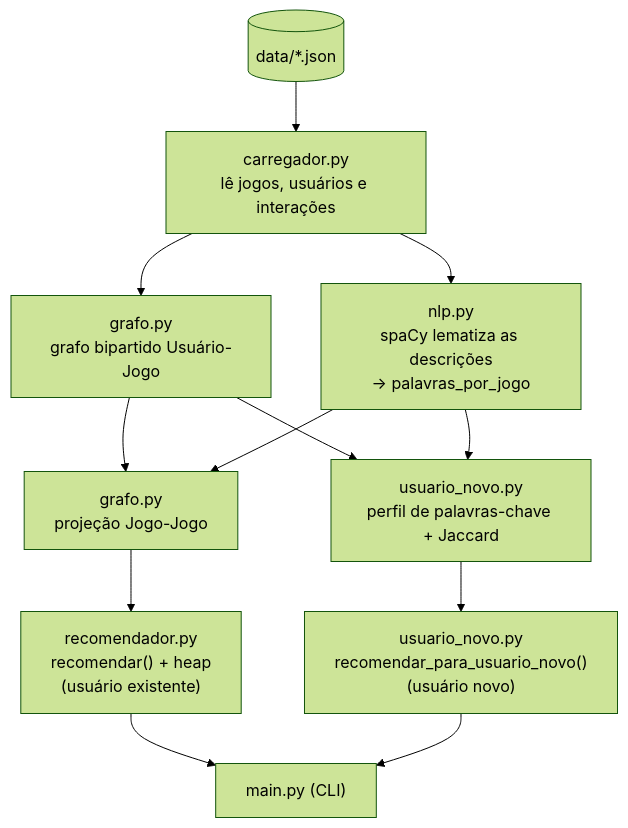
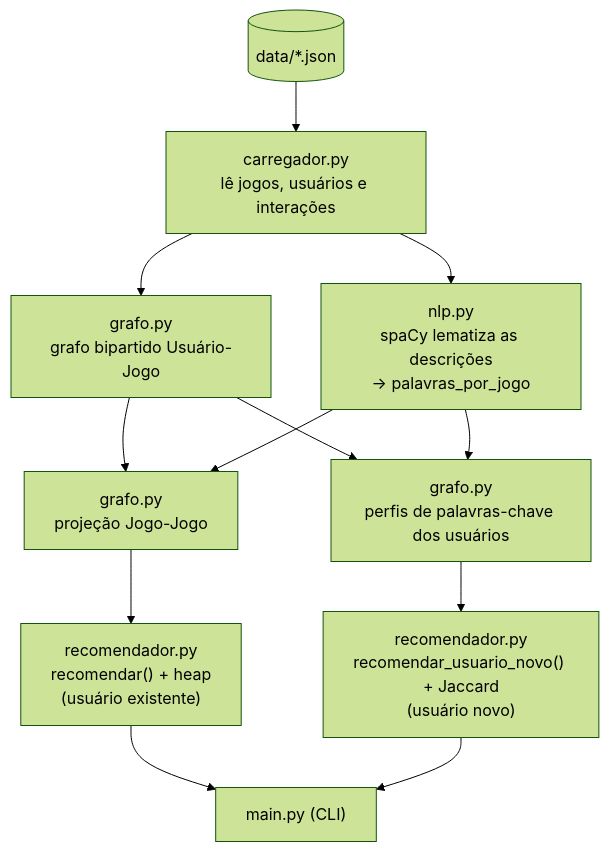
The diagram in docs/documentacao.md (jj-viana/ed2-sistema-de-recomendacao), drawn with Mermaid (forest theme) before and after one commit. The commit also changed other lines of this file and 6 other files, not shown here.

First line of the commit message:
refactor: redistribui fluxo de usuario novo por camada

````diff
--- a/docs/documentacao.md
+++ b/docs/documentacao.md
@@ -11,18 +11,18 @@
 ```mermaid
 flowchart TD
     dados[("data/*.json")] --> carregador["carregador.py<br/>lê jogos, usuários e interações"]
 
     carregador --> bipartido["grafo.py<br/>grafo bipartido Usuário-Jogo"]
     carregador --> nlp["nlp.py<br/>spaCy lematiza as descrições<br/>→ palavras_por_jogo"]
 
     bipartido --> projecao["grafo.py<br/>projeção Jogo-Jogo"]
     nlp --> projecao
-    bipartido --> perfil["usuario_novo.py<br/>perfil de palavras-chave + Jaccard"]
+    bipartido --> perfil["grafo.py<br/>perfis de palavras-chave dos usuários"]
     nlp --> perfil
 
     projecao --> recItem["recomendador.py<br/>recomendar() + heap<br/>(usuário existente)"]
-    perfil --> recNovo["usuario_novo.py<br/>recomendar_para_usuario_novo()<br/>(usuário novo)"]
+    perfil --> recNovo["recomendador.py<br/>recomendar_usuario_novo() + Jaccard<br/>(usuário novo)"]
 
     recItem --> main["main.py (CLI)"]
     recNovo --> main
 ```
````
